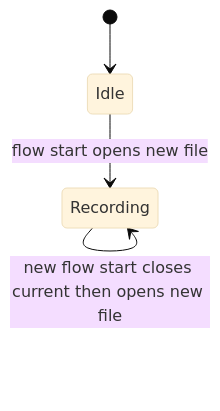
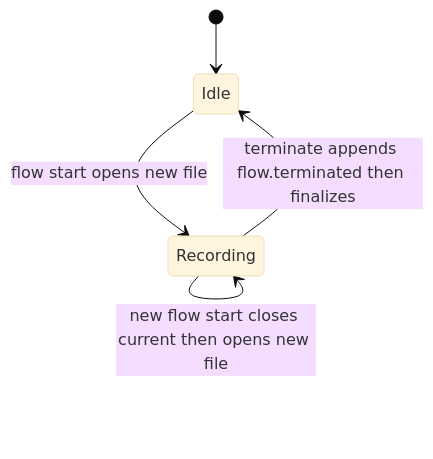
One commit to dylanb/agent-terminal changed the third of 3 diagrams in terminal-web-ui-spec.md. Above: the diagram before and after it, drawn with Mermaid (base theme). The commit also changed other lines of this file and 2 other files, not shown here.

````diff
--- a/terminal-web-ui-spec.md
+++ b/terminal-web-ui-spec.md
@@ -1698,10 +1698,11 @@
 ```mermaid
 stateDiagram-v2
     [*] --> Idle
     Idle --> Recording : flow start opens new file
     Recording --> Recording : advance / restart / undo append
     Recording --> Recording : todo create / status / text / delete append
     Recording --> Recording : flow done appends completed but stays open
     Recording --> Recording : go back after done appends to same file
     Recording --> Recording : new flow start closes current then opens new file
+    Recording --> Idle : terminate appends flow.terminated then finalizes
 ```
````
